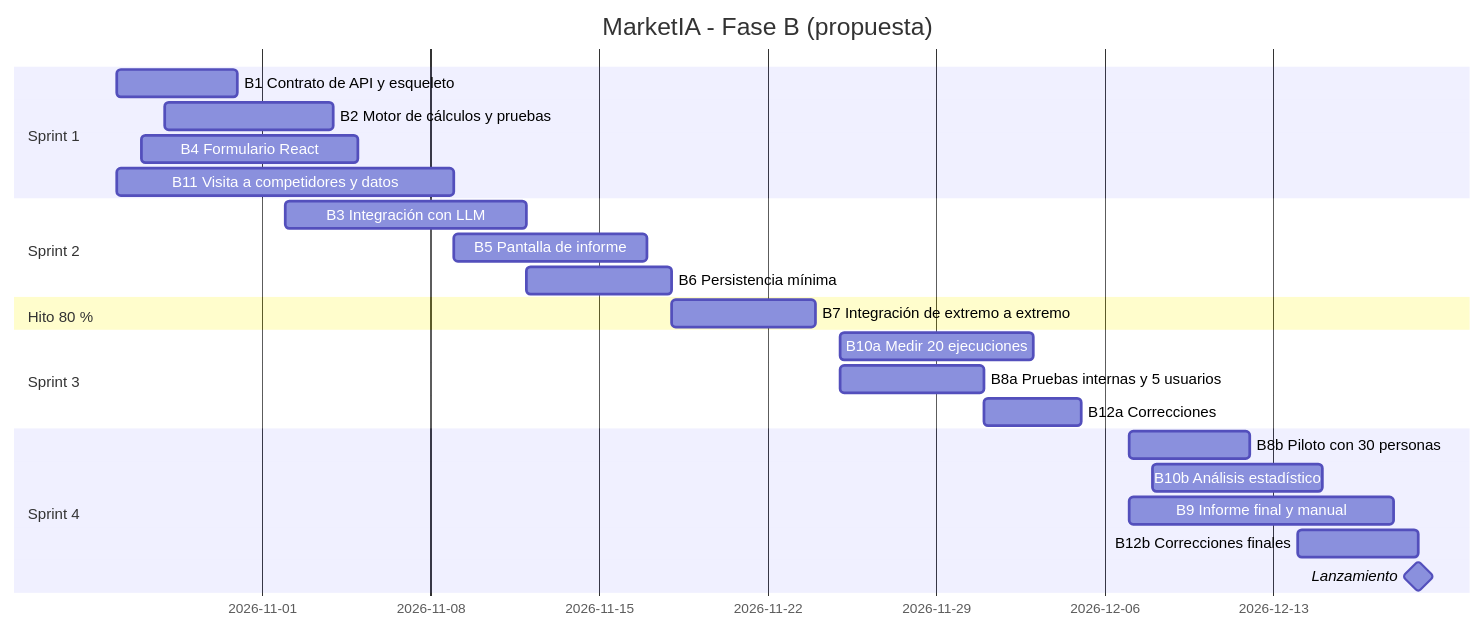
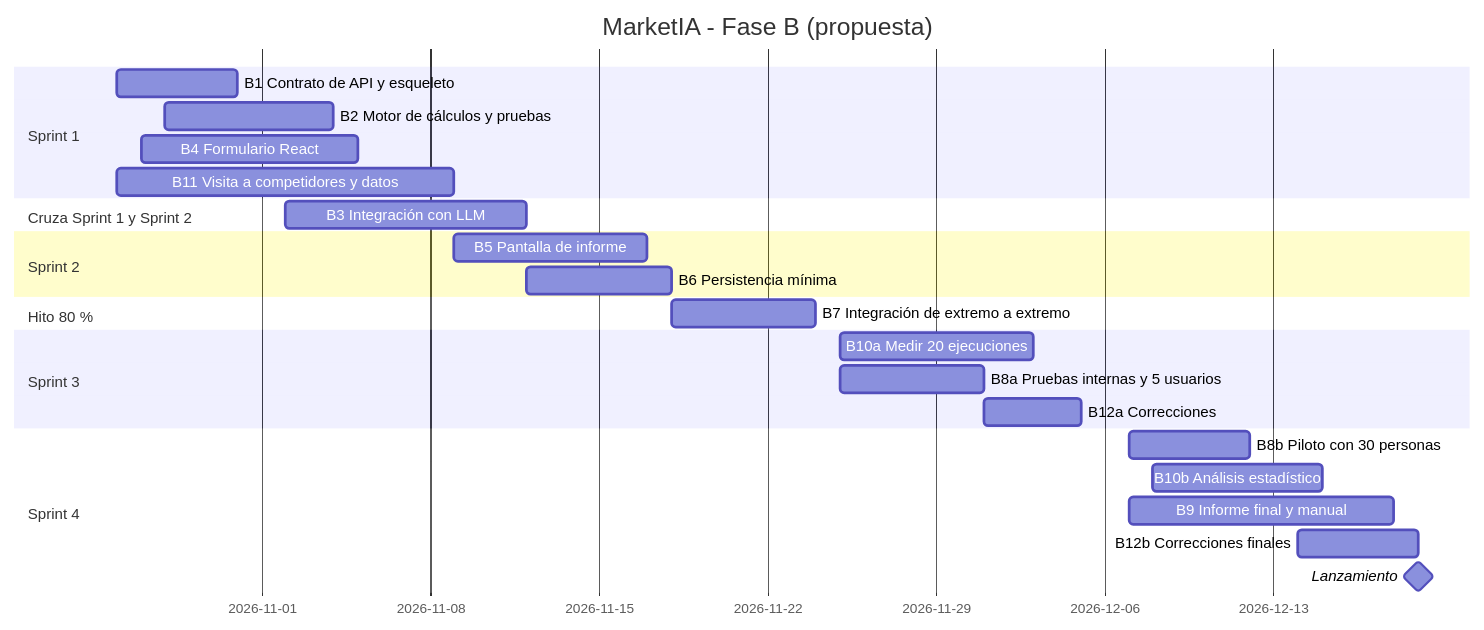
The second of 2 diagrams in docs/04-planificacion/plan-desarrollo-y-riesgos.md (zapatanelsonzapata03-design/PEF1-2026-MARKETIA), drawn with Mermaid before and after one commit. The commit also changed 12 other files, not shown here.

````diff
--- a/docs/04-planificacion/plan-desarrollo-y-riesgos.md
+++ b/docs/04-planificacion/plan-desarrollo-y-riesgos.md
@@ -70,26 +70,27 @@
 ```mermaid
 gantt
     dateFormat YYYY-MM-DD
     title MarketIA - Fase B (propuesta)
     section Sprint 1
     B1 Contrato de API y esqueleto        :b1, 2026-10-26, 5d
     B2 Motor de cálculos y pruebas        :b2, 2026-10-28, 7d
     B4 Formulario React                   :b4, 2026-10-27, 9d
     B11 Visita a competidores y datos     :b11, 2026-10-26, 14d
+    section Cruza Sprint 1 y Sprint 2
+    B3 Integración con LLM                :b3, 2026-11-02, 10d
     section Sprint 2
-    B3 Integración con LLM                :b3, 2026-11-02, 10d
     B5 Pantalla de informe                :b5, 2026-11-09, 8d
     B6 Persistencia mínima                :b6, 2026-11-12, 6d
     section Hito 80 %
     B7 Integración de extremo a extremo   :b7, 2026-11-18, 6d
     section Sprint 3
     B10a Medir 20 ejecuciones             :b10a, 2026-11-25, 8d
     B8a Pruebas internas y 5 usuarios     :b8a, 2026-11-25, 6d
     B12a Correcciones                     :b12a, 2026-12-01, 4d
     section Sprint 4
     B8b Piloto con 30 personas            :b8b, 2026-12-07, 5d
     B10b Análisis estadístico             :b10b, 2026-12-08, 7d
     B9 Informe final y manual             :b9, 2026-12-07, 11d
     B12b Correcciones finales             :b12b, 2026-12-14, 5d
     Lanzamiento                           :milestone, 2026-12-19, 0d
 ```
````
